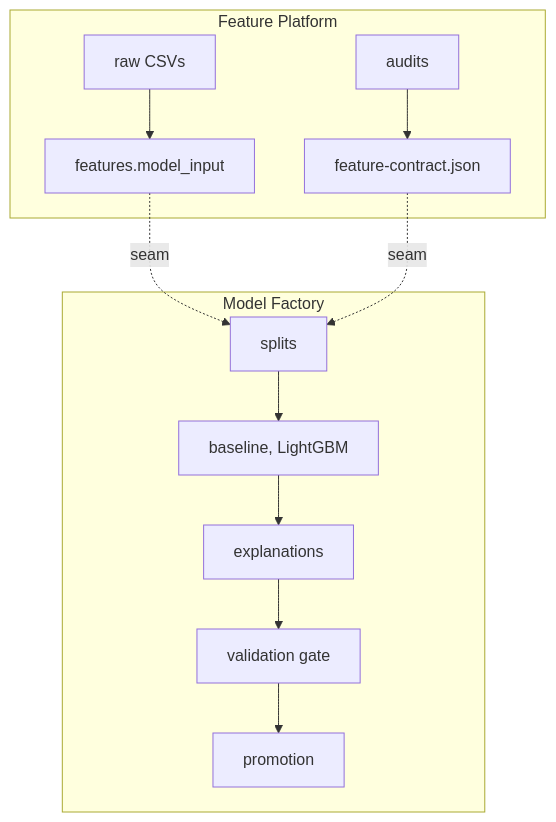
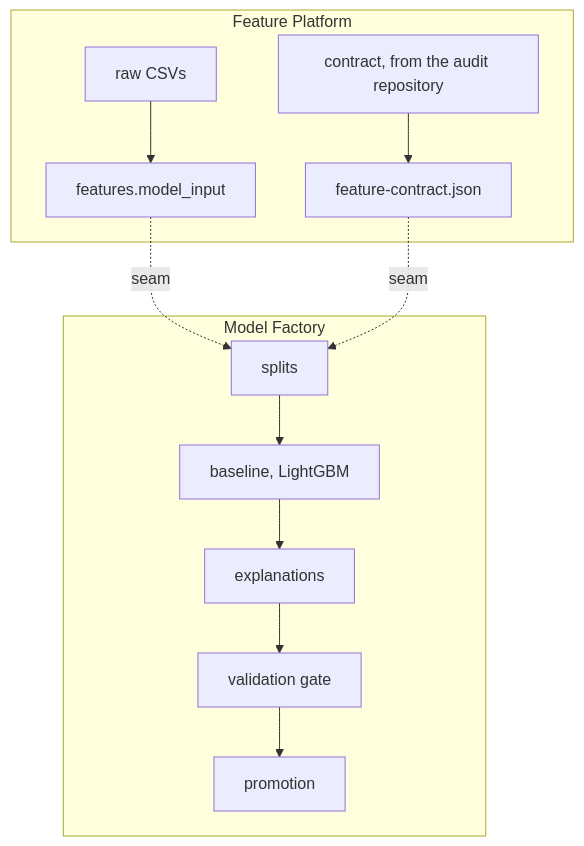
One commit to jjabuk/fraud-detection-mlops changed the diagram in docs/code-structure.md. Above: the diagram before and after it, drawn with Mermaid. The commit also changed other lines of this file and 18 other files, not shown here.

````diff
--- a/docs/code-structure.md
+++ b/docs/code-structure.md
@@ -94,15 +92,15 @@
 ```mermaid
 flowchart TD
     subgraph platform [Feature Platform]
         R[raw CSVs] --> M[features.model_input]
-        A[audits] --> F[feature-contract.json]
+        A[contract, from the audit repository] --> F[feature-contract.json]
     end
 
     subgraph factory [Model Factory]
         S[splits] --> L[baseline, LightGBM]
         L --> E[explanations] --> V[validation gate] --> P[promotion]
     end
 
     M -.->|seam| S
     F -.->|seam| S
 ```
````
